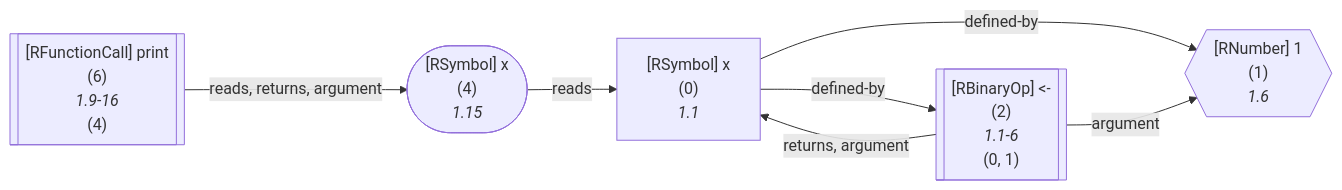
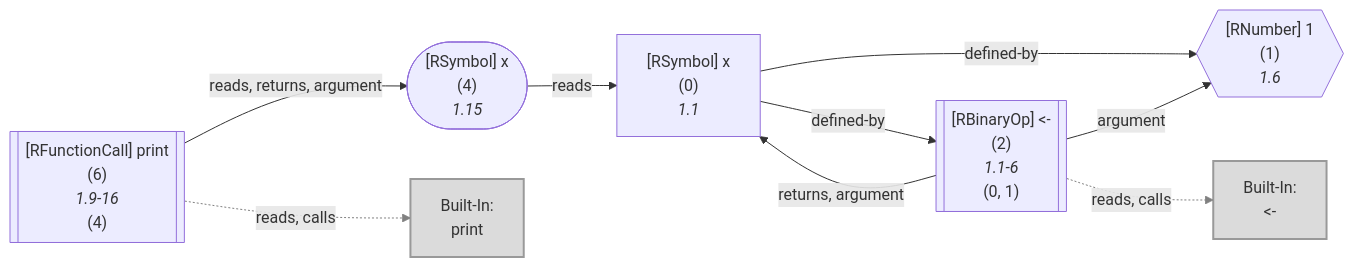
The second of 2 diagrams in wiki/Core.md (flowr-analysis/flowr), drawn with Mermaid before and after one commit. The commit also changed other lines of this file and 339 other files, not shown here.

````diff
--- a/wiki/Core.md
+++ b/wiki/Core.md
@@ -327,26 +327,36 @@
 ```mermaid
 flowchart LR
     1{{"`#91;RNumber#93; 1
       (1)
       *1.6*`"}}
     0["`#91;RSymbol#93; x
       (0)
       *1.1*`"]
     2[["`#91;RBinaryOp#93; #60;#45;
       (2)
       *1.1-6*
     (0, 1)`"]]
+    built-in:_-["`Built-In:
+#60;#45;`"]
+    style built-in:_- stroke:gray,fill:lightgray,stroke-width:2px,opacity:.8;
     4(["`#91;RSymbol#93; x
       (4)
       *1.15*`"])
     6[["`#91;RFunctionCall#93; print
       (6)
       *1.9-16*
     (4)`"]]
+    built-in:print["`Built-In:
+print`"]
+    style built-in:print stroke:gray,fill:lightgray,stroke-width:2px,opacity:.8;
     0 -->|"defined-by"| 1
     0 -->|"defined-by"| 2
     2 -->|"argument"| 1
     2 -->|"returns, argument"| 0
+    2 -.->|"reads, calls"| built-in:_-
+    linkStyle 4 stroke:gray;
     4 -->|"reads"| 0
     6 -->|"reads, returns, argument"| 4
+    6 -.->|"reads, calls"| built-in:print
+    linkStyle 7 stroke:gray;
 ```
````
